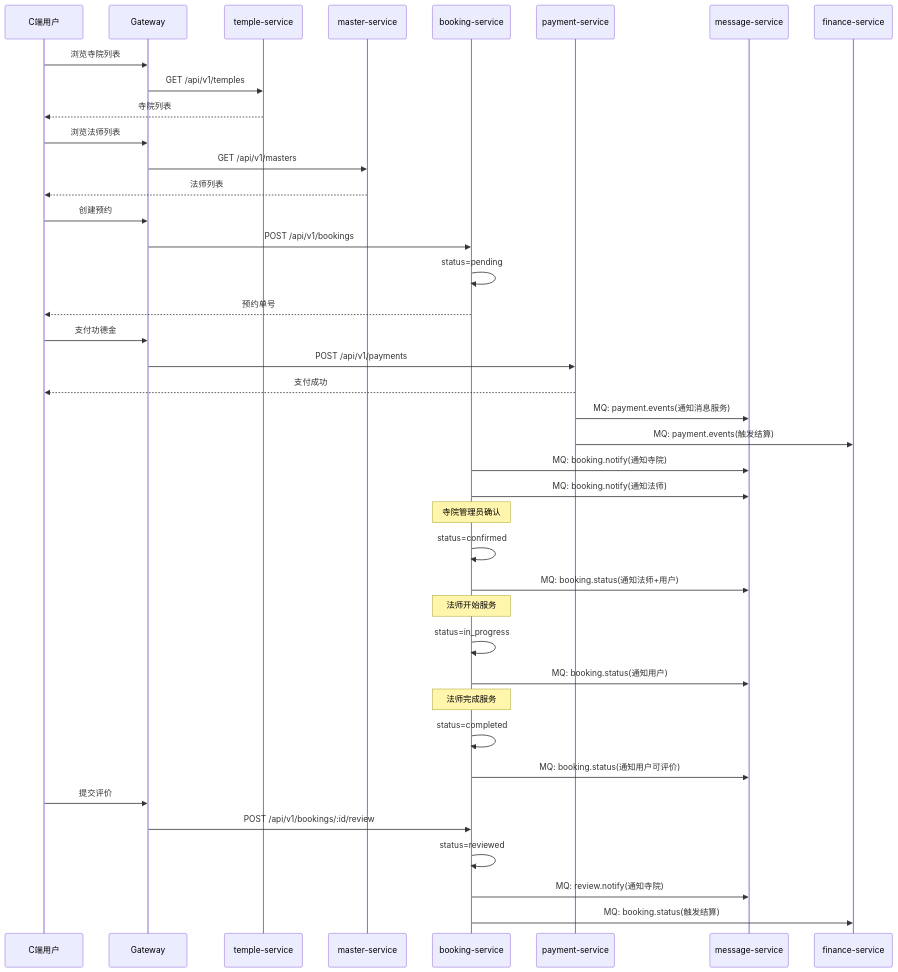
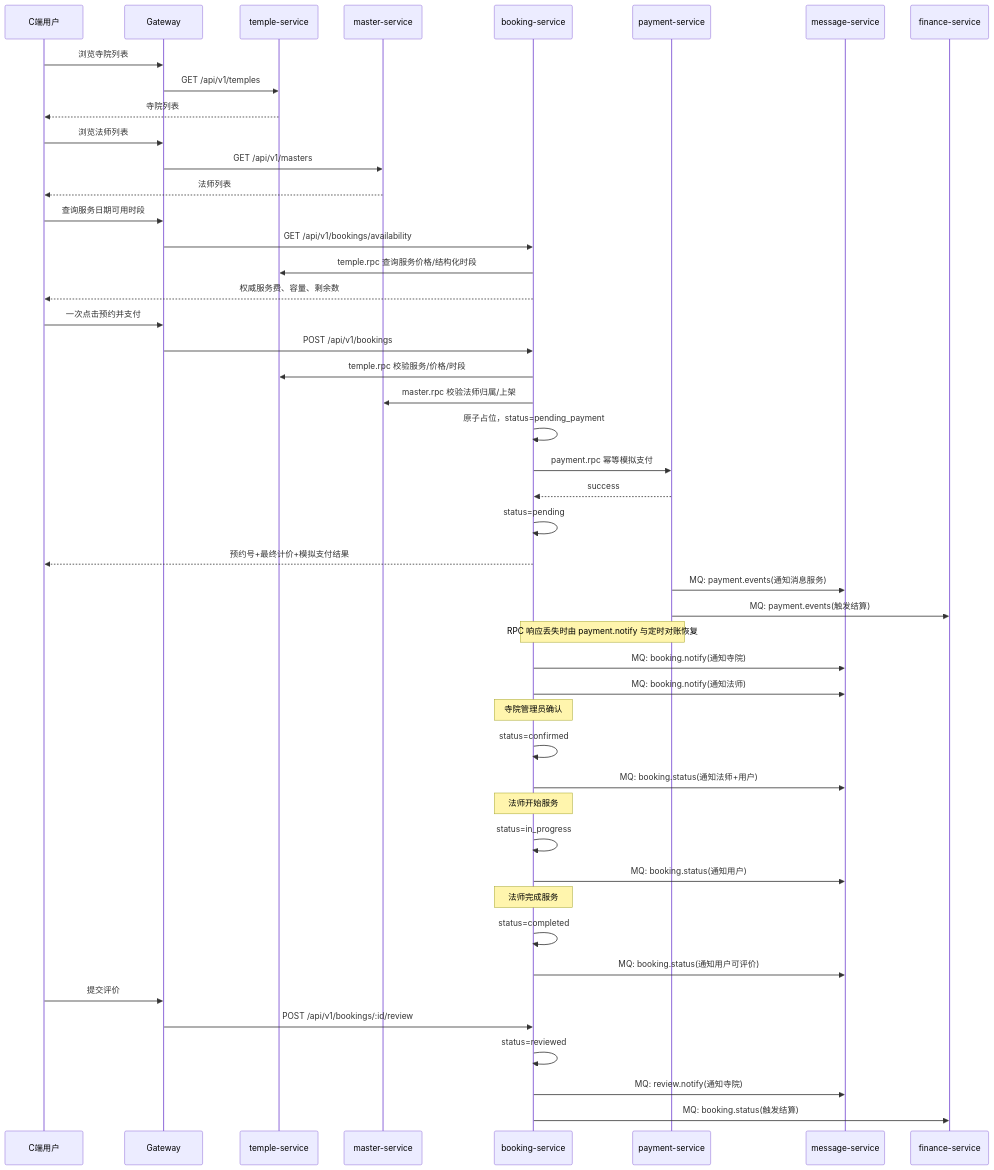
Before and after one commit to askxuan-dongfang/askxuan-docs: the second of 13 diagrams in docs/architecture/业务流程.md, drawn with Mermaid. The commit also changed other lines of this file and 10 other files, not shown here.

````diff
--- a/docs/architecture/业务流程.md
+++ b/docs/architecture/业务流程.md
@@ -52,51 +53,58 @@
 ```mermaid
 sequenceDiagram
     participant U as C端用户
     participant GW as Gateway
     participant T as temple-service
     participant M as master-service
     participant B as booking-service
     participant P as payment-service
     participant MSG as message-service
     participant F as finance-service
 
     U->>GW: 浏览寺院列表
     GW->>T: GET /api/v1/temples
     T-->>U: 寺院列表
 
     U->>GW: 浏览法师列表
     GW->>M: GET /api/v1/masters
     M-->>U: 法师列表
 
-    U->>GW: 创建预约
+	U->>GW: 查询服务日期可用时段
+	GW->>B: GET /api/v1/bookings/availability
+	B->>T: temple.rpc 查询服务价格/结构化时段
+	B-->>U: 权威服务费、容量、剩余数
+
+	U->>GW: 一次点击预约并支付
     GW->>B: POST /api/v1/bookings
-    B->>B: status=pending
-    B-->>U: 预约单号
-
-    U->>GW: 支付功德金
-    GW->>P: POST /api/v1/payments
-    P-->>U: 支付成功
+	B->>T: temple.rpc 校验服务/价格/时段
+	B->>M: master.rpc 校验法师归属/上架
+	B->>B: 原子占位，status=pending_payment
+	B->>P: payment.rpc 幂等模拟支付
+	P-->>B: success
+	B->>B: status=pending
+	B-->>U: 预约号+最终计价+模拟支付结果
     P->>MSG: MQ: payment.events(通知消息服务)
     P->>F: MQ: payment.events(触发结算)
+	Note over B,P: RPC 响应丢失时由 payment.notify 与定时对账恢复
 
     B->>MSG: MQ: booking.notify(通知寺院)
     B->>MSG: MQ: booking.notify(通知法师)
 
     Note over B: 寺院管理员确认
     B->>B: status=confirmed
     B->>MSG: MQ: booking.status(通知法师+用户)
 
     Note over B: 法师开始服务
     B->>B: status=in_progress
     B->>MSG: MQ: booking.status(通知用户)
 
     Note over B: 法师完成服务
     B->>B: status=completed
     B->>MSG: MQ: booking.status(通知用户可评价)
 
     U->>GW: 提交评价
     GW->>B: POST /api/v1/bookings/:id/review
     B->>B: status=reviewed
     B->>MSG: MQ: review.notify(通知寺院)
     B->>F: MQ: booking.status(触发结算)
 ```
````
